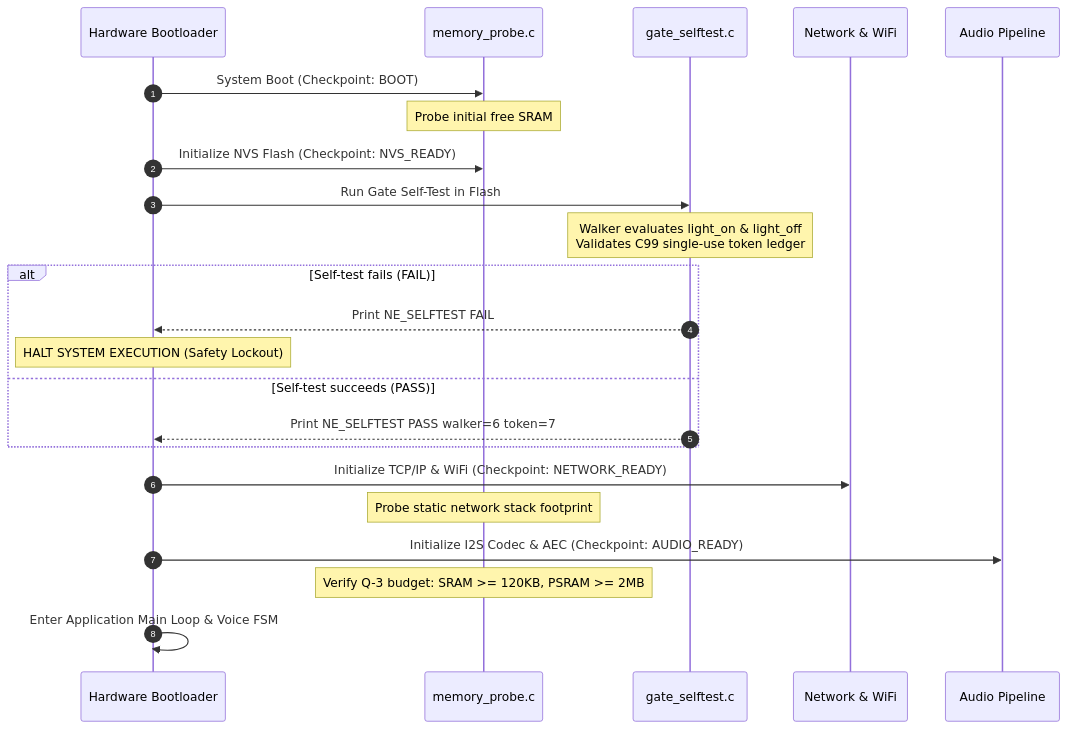
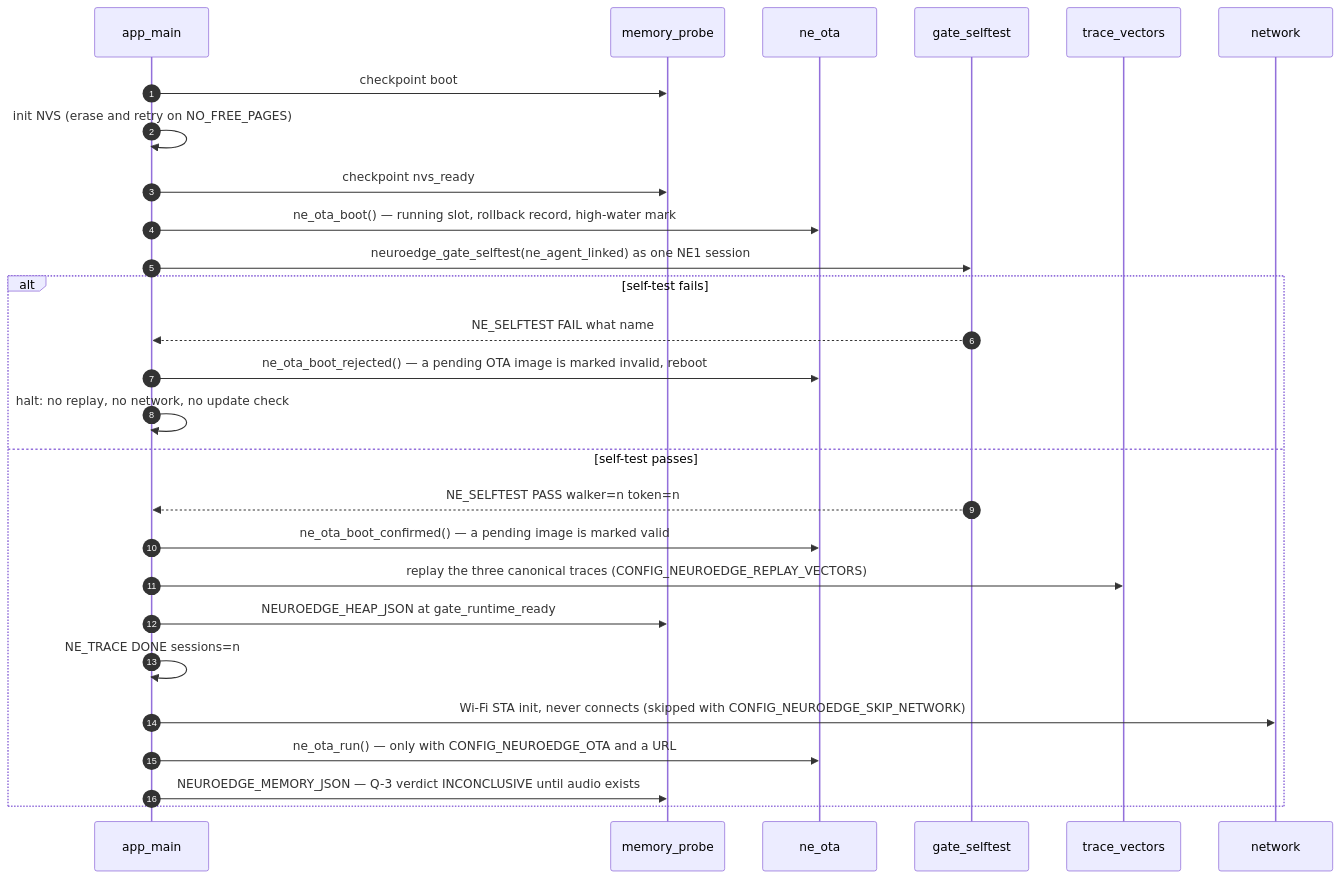
Before and after one commit to letrongminh/neuroedge-init: the first of 2 diagrams in docs/architecture/en/04-component-device-c4l3.md, drawn with Mermaid. The commit also changed other lines of this file and 63 other files, not shown here.

First line of the commit message:
docs(architecture): rebuild the suite from main — C4 L1–L4, deployment, ADR, NFR, VI/EN

````diff
--- a/docs/architecture/en/04-component-device-c4l3.md
+++ b/docs/architecture/en/04-component-device-c4l3.md
@@ -107,30 +92,29 @@
 ```mermaid
 sequenceDiagram
     autonumber
-    participant HW as Hardware Bootloader
-    participant M as memory_probe.c
-    participant G as gate_selftest.c
-    participant N as Network & WiFi
-    participant A as Audio Pipeline
-
-    HW->>M: System Boot (Checkpoint: BOOT)
-    Note over M: Probe initial free SRAM
-    HW->>M: Initialize NVS Flash (Checkpoint: NVS_READY)
-    
-    HW->>G: Run Gate Self-Test in Flash
-    Note over G: Walker evaluates light_on & light_off<br/>Validates C99 single-use token ledger
-    alt Self-test fails (FAIL)
-        G-->>HW: Print NE_SELFTEST FAIL
-        Note over HW: HALT SYSTEM EXECUTION (Safety Lockout)
-    else Self-test succeeds (PASS)
-        G-->>HW: Print NE_SELFTEST PASS walker=6 token=7
+    participant M as app_main
+    participant P as memory_probe
+    participant O as ne_ota
+    participant S as gate_selftest
+    participant V as trace_vectors
+    participant N as network
+    M->>P: checkpoint boot
+    M->>M: init NVS (erase and retry on NO_FREE_PAGES)
+    M->>P: checkpoint nvs_ready
+    M->>O: ne_ota_boot() — running slot, rollback record, high-water mark
+    M->>S: neuroedge_gate_selftest(ne_agent_linked) as one NE1 session
+    alt self-test fails
+        S-->>M: NE_SELFTEST FAIL what name
+        M->>O: ne_ota_boot_rejected() — a pending OTA image is marked invalid, reboot
+        M->>M: halt: no replay, no network, no update check
+    else self-test passes
+        S-->>M: NE_SELFTEST PASS walker=n token=n
+        M->>O: ne_ota_boot_confirmed() — a pending image is marked valid
+        M->>V: replay the three canonical traces (CONFIG_NEUROEDGE_REPLAY_VECTORS)
+        M->>P: NEUROEDGE_HEAP_JSON at gate_runtime_ready
+        M->>M: NE_TRACE DONE sessions=n
+        M->>N: Wi-Fi STA init, never connects (skipped with CONFIG_NEUROEDGE_SKIP_NETWORK)
+        M->>O: ne_ota_run() — only with CONFIG_NEUROEDGE_OTA and a URL
+        M->>P: NEUROEDGE_MEMORY_JSON — Q-3 verdict INCONCLUSIVE until audio exists
     end
-
-    HW->>N: Initialize TCP/IP & WiFi (Checkpoint: NETWORK_READY)
-    Note over M: Probe static network stack footprint
-    
-    HW->>A: Initialize I2S Codec & AEC (Checkpoint: AUDIO_READY)
-    Note over M: Verify Q-3 budget: SRAM >= 120KB, PSRAM >= 2MB
-    
-    HW->>HW: Enter Application Main Loop & Voice FSM
 ```
````
